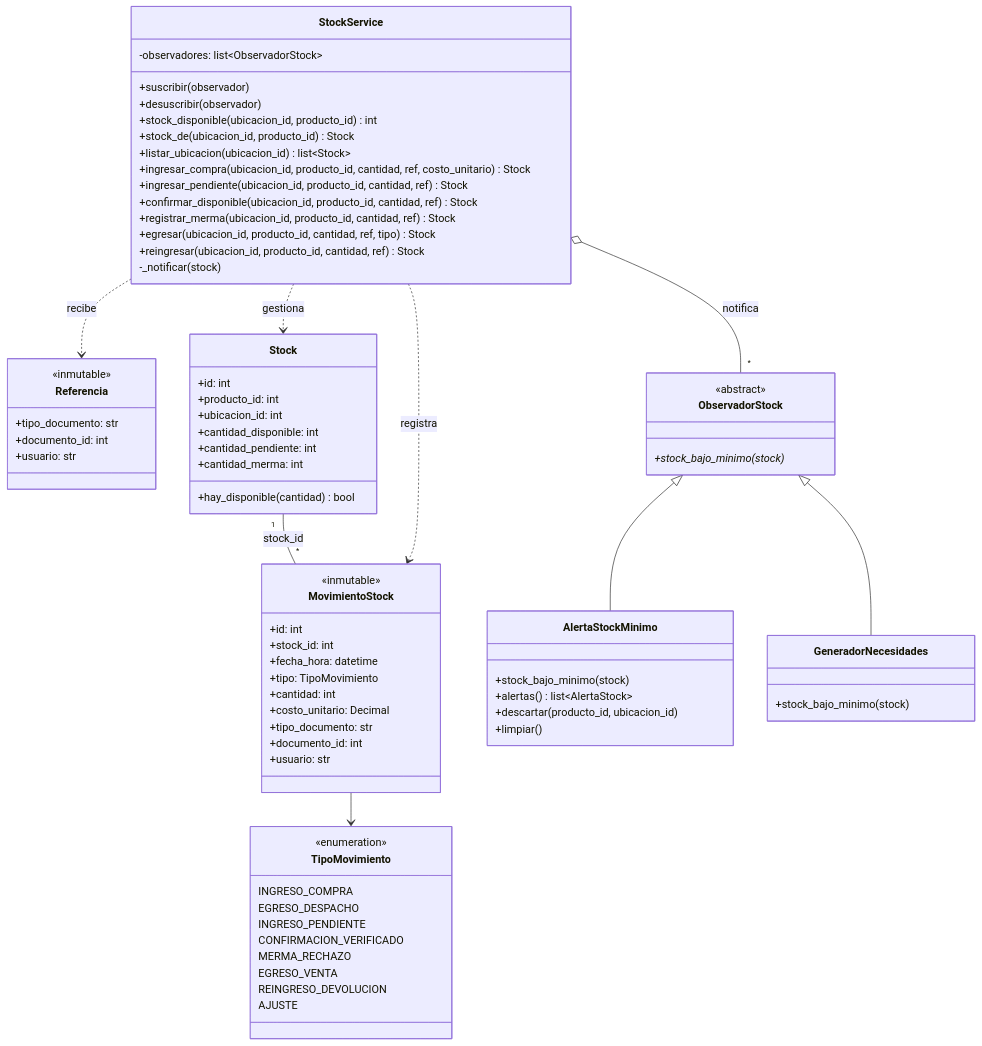
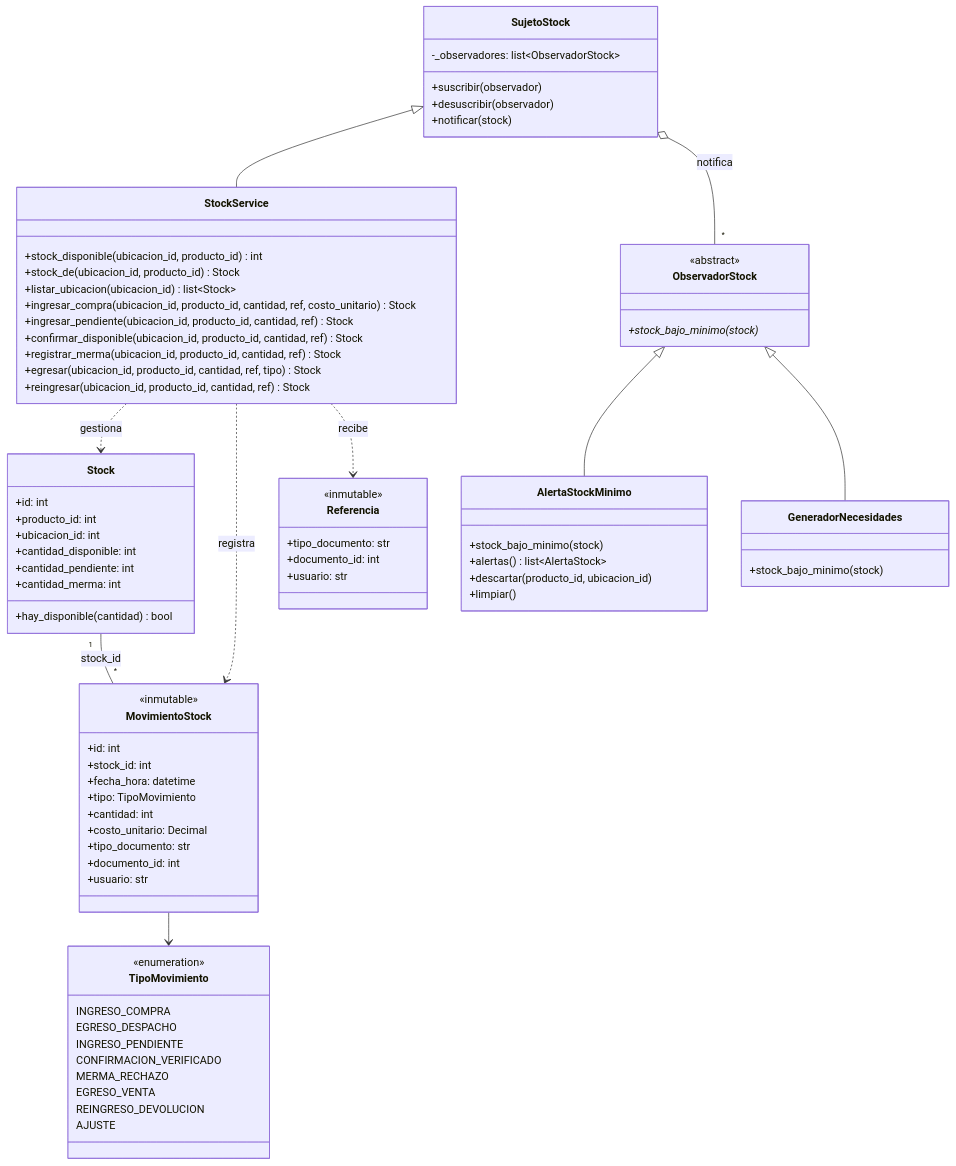
Before and after one commit to joaquin-brachetto/DAO-TP: the fourth of 12 diagrams in docs/modelo_dominio.md, drawn with Mermaid. The commit also changed other lines of this file and 25 other files, not shown here.

````diff
--- a/docs/modelo_dominio.md
+++ b/docs/modelo_dominio.md
@@ -260,78 +260,81 @@
 ```mermaid
 classDiagram
     class Referencia {
         <<inmutable>>
         +tipo_documento: str
         +documento_id: int
         +usuario: str
     }
     class Stock {
         +id: int
         +producto_id: int
         +ubicacion_id: int
         +cantidad_disponible: int
         +cantidad_pendiente: int
         +cantidad_merma: int
         +hay_disponible(cantidad) bool
     }
     class MovimientoStock {
         <<inmutable>>
         +id: int
         +stock_id: int
         +fecha_hora: datetime
         +tipo: TipoMovimiento
         +cantidad: int
         +costo_unitario: Decimal
         +tipo_documento: str
         +documento_id: int
         +usuario: str
     }
     class TipoMovimiento {
         <<enumeration>>
         INGRESO_COMPRA
         EGRESO_DESPACHO
         INGRESO_PENDIENTE
         CONFIRMACION_VERIFICADO
         MERMA_RECHAZO
         EGRESO_VENTA
         REINGRESO_DEVOLUCION
         AJUSTE
     }
-    class StockService {
-        -observadores: list~ObservadorStock~
+    class SujetoStock {
+        -_observadores: list~ObservadorStock~
         +suscribir(observador)
         +desuscribir(observador)
+        +notificar(stock)
+    }
+    class StockService {
         +stock_disponible(ubicacion_id, producto_id) int
         +stock_de(ubicacion_id, producto_id) Stock
         +listar_ubicacion(ubicacion_id) list~Stock~
         +ingresar_compra(ubicacion_id, producto_id, cantidad, ref, costo_unitario) Stock
         +ingresar_pendiente(ubicacion_id, producto_id, cantidad, ref) Stock
         +confirmar_disponible(ubicacion_id, producto_id, cantidad, ref) Stock
         +registrar_merma(ubicacion_id, producto_id, cantidad, ref) Stock
         +egresar(ubicacion_id, producto_id, cantidad, ref, tipo) Stock
         +reingresar(ubicacion_id, producto_id, cantidad, ref) Stock
-        -_notificar(stock)
     }
     class ObservadorStock {
         <<abstract>>
         +stock_bajo_minimo(stock)*
     }
     class AlertaStockMinimo {
         +stock_bajo_minimo(stock)
         +alertas() list~AlertaStock~
         +descartar(producto_id, ubicacion_id)
         +limpiar()
     }
     class GeneradorNecesidades {
         +stock_bajo_minimo(stock)
     }
 
     Stock "1" -- "*" MovimientoStock : stock_id
     MovimientoStock --> TipoMovimiento
     StockService ..> Stock : gestiona
     StockService ..> MovimientoStock : registra
     StockService ..> Referencia : recibe
-    StockService o-- "*" ObservadorStock : notifica
+    SujetoStock <|-- StockService
+    SujetoStock o-- "*" ObservadorStock : notifica
     ObservadorStock <|-- AlertaStockMinimo
     ObservadorStock <|-- GeneradorNecesidades
 ```
````
